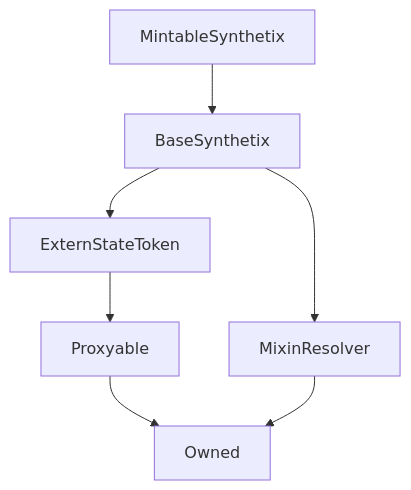
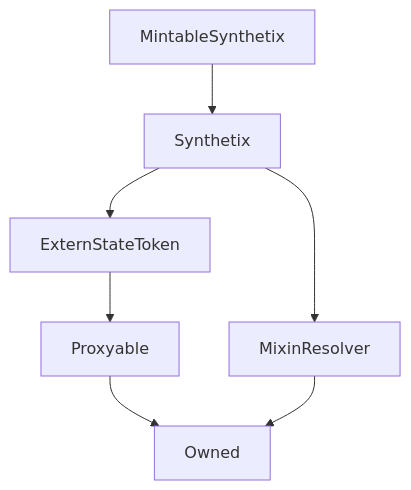
The diagram in content/contracts/source/contracts/MintableSynthetix.md (Synthetixio/synthetix-docs), drawn with Mermaid before and after one commit. The commit also changed other lines of this file and 97 other files, not shown here.

````diff
--- a/content/contracts/source/contracts/MintableSynthetix.md
+++ b/content/contracts/source/contracts/MintableSynthetix.md
@@ -11,10 +11,10 @@
 ```mermaid
 graph TD
-    MintableSynthetix[MintableSynthetix] --> BaseSynthetix[BaseSynthetix]
-    BaseSynthetix[BaseSynthetix] --> ExternStateToken[ExternStateToken]
-    BaseSynthetix[BaseSynthetix] --> MixinResolver[MixinResolver]
+    MintableSynthetix[MintableSynthetix] --> Synthetix[Synthetix]
+    Synthetix[Synthetix] --> ExternStateToken[ExternStateToken]
+    Synthetix[Synthetix] --> MixinResolver[MixinResolver]
     ExternStateToken[ExternStateToken] --> Proxyable[Proxyable]
     Proxyable[Proxyable] --> Owned[Owned]
     MixinResolver[MixinResolver] --> Owned[Owned]
 
 ```
````
